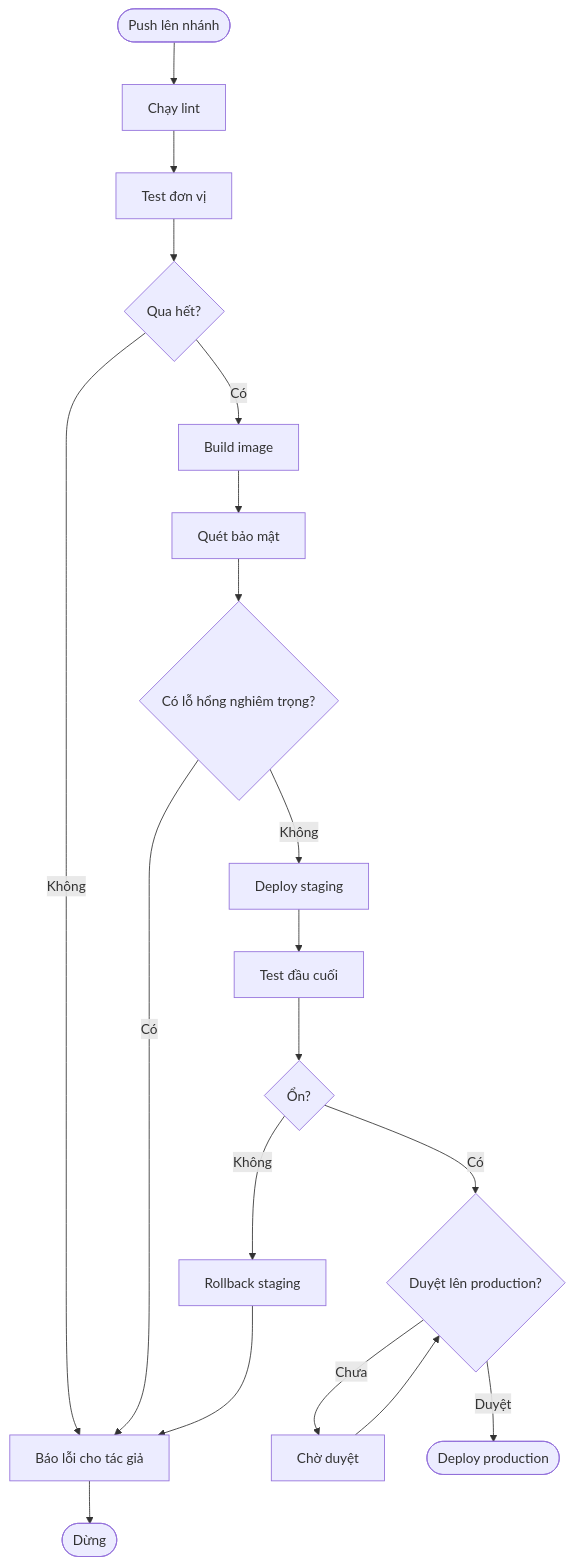
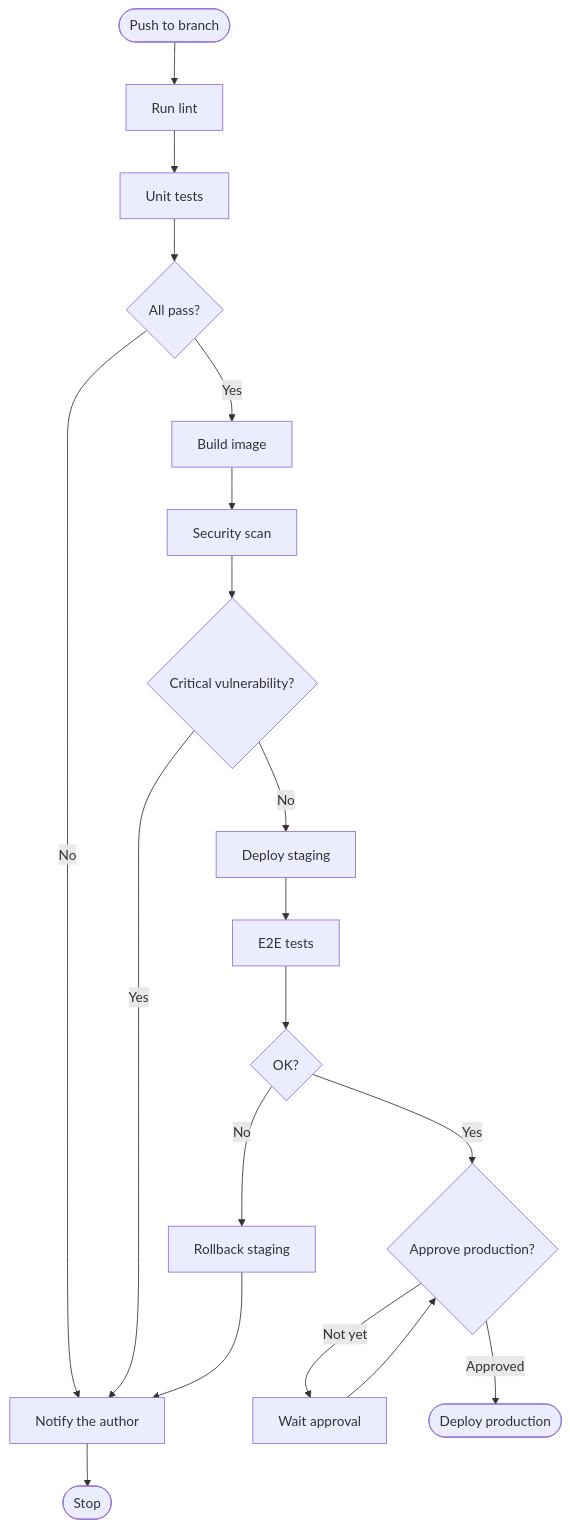
One commit to luytbq/flowcast changed the diagram in conformance/mermaid/03-ci.mmd. Above: the diagram before and after it, drawn with Mermaid. The commit also changed 750 other files, not shown here.

```diff
--- a/conformance/mermaid/03-ci.mmd
+++ b/conformance/mermaid/03-ci.mmd
@@ -1,19 +1,19 @@
 graph TD
-    push([Push lên nhánh]) --> lint[Chạy lint]
-    lint --> unit[Test đơn vị]
-    unit --> passed{Qua hết?}
-    passed -- Không --> notify[Báo lỗi cho tác giả]
-    notify --> fin([Dừng])
-    passed -- Có --> build[Build image]
-    build --> scan[Quét bảo mật]
-    scan --> vuln{Có lỗ hổng nghiêm trọng?}
-    vuln -- Có --> notify
-    vuln -- Không --> staging[Deploy staging]
-    staging --> e2e[Test đầu cuối]
-    e2e --> e2eok{Ổn?}
-    e2eok -- Không --> rollback[Rollback staging]
+    push([Push to branch]) --> lint[Run lint]
+    lint --> unit[Unit tests]
+    unit --> passed{All pass?}
+    passed -- No --> notify[Notify the author]
+    notify --> fin([Stop])
+    passed -- Yes --> build[Build image]
+    build --> scan[Security scan]
+    scan --> vuln{Critical vulnerability?}
+    vuln -- Yes --> notify
+    vuln -- No --> staging[Deploy staging]
+    staging --> e2e[E2E tests]
+    e2e --> e2eok{OK?}
+    e2eok -- No --> rollback[Rollback staging]
     rollback --> notify
-    e2eok -- Có --> approve{Duyệt lên production?}
-    approve -- Chưa --> wait[Chờ duyệt]
+    e2eok -- Yes --> approve{Approve production?}
+    approve -- Not yet --> wait[Wait approval]
     wait --> approve
-    approve -- Duyệt --> prod([Deploy production])
+    approve -- Approved --> prod([Deploy production])
```
